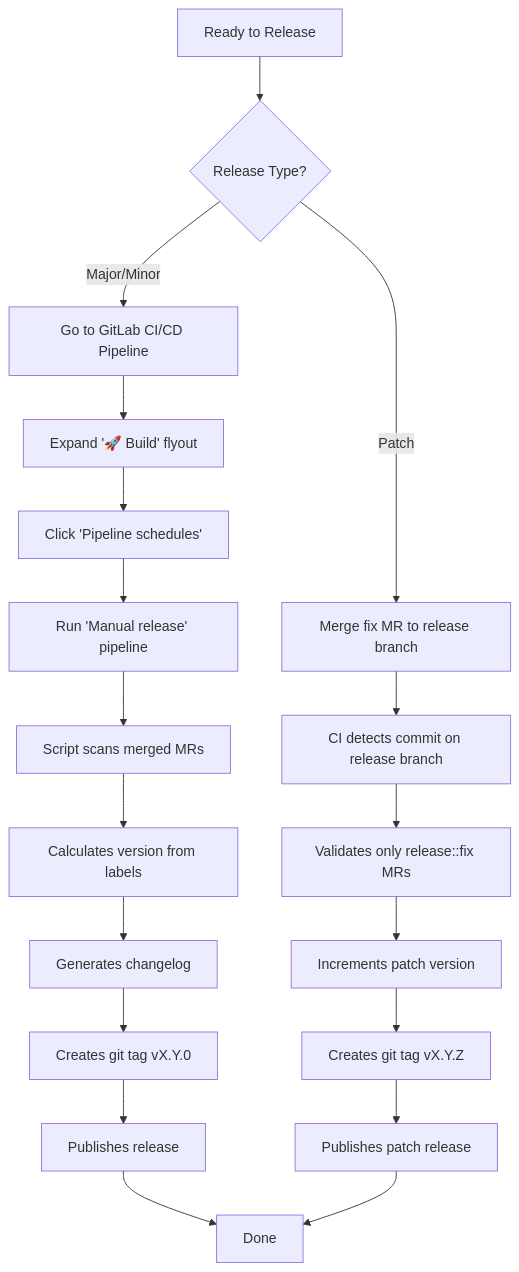
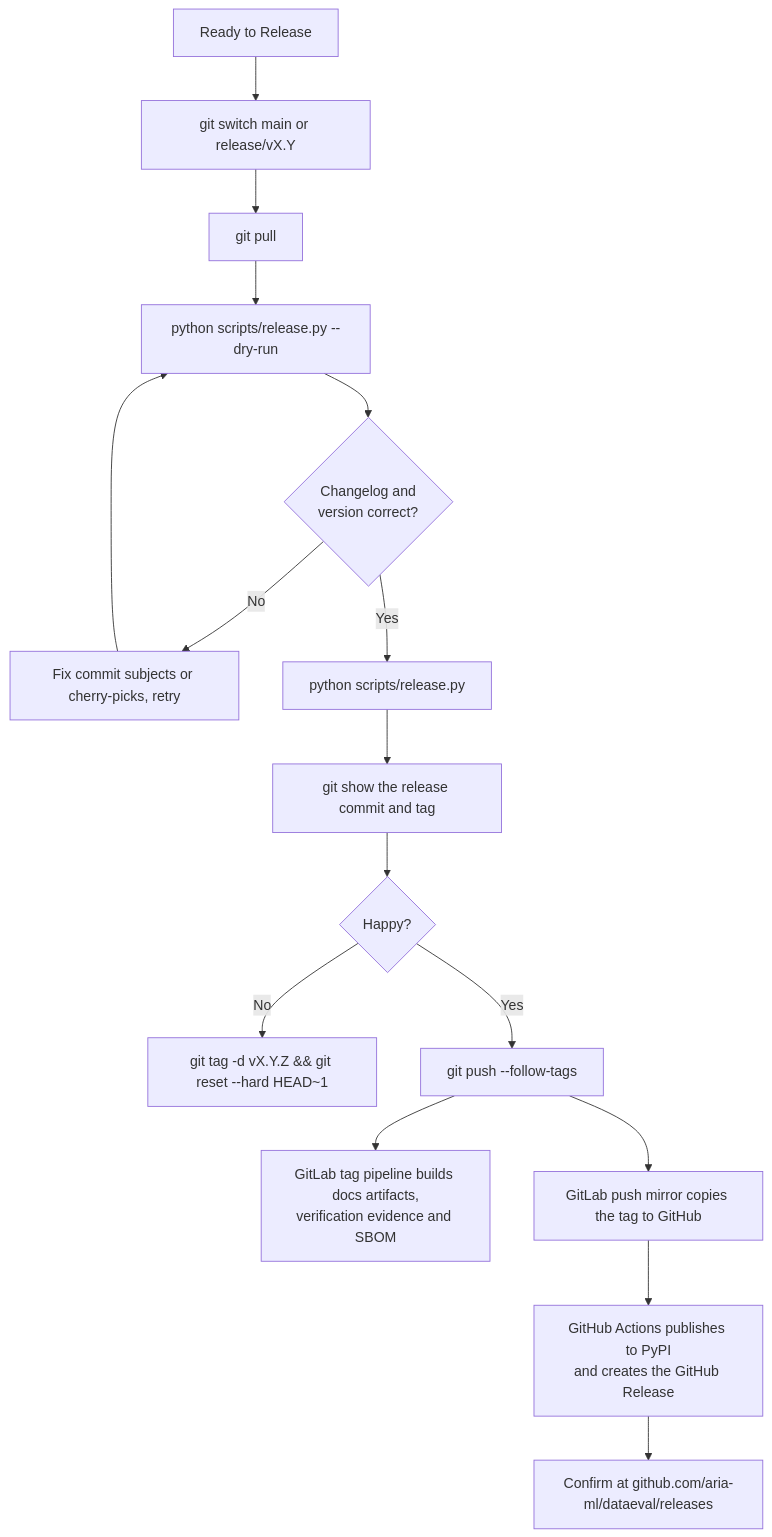
One commit to aria-ml/dataeval changed the fifth of 5 diagrams in BRANCHING.md. Above: the diagram before and after it, drawn with Mermaid. The commit also changed other lines of this file, not shown here.

First line of the commit message:
[docs] Port BRANCHING.md release-doc fixes to release/v1.1

````diff
--- a/BRANCHING.md
+++ b/BRANCHING.md
@@ -267,21 +270,18 @@
 ```mermaid
 flowchart TD
-    A[Ready to Release] --> B{Release Type?}
-    B -->|Major/Minor| C[Go to GitLab CI/CD Pipeline]
-    B -->|Patch| D[Merge fix MR to release branch]
-    C --> E["Expand '🚀 Build' flyout"]
-    E --> F[Click 'Pipeline schedules']
-    F --> G[Run 'Manual release' pipeline]
-    G --> H[Script scans merged MRs]
-    H --> I[Calculates version from labels]
-    I --> J[Generates changelog]
-    J --> K[Creates git tag vX.Y.0]
-    K --> M[Publishes release]
-    M --> N[Done]
-    D --> O[CI detects commit on release branch]
-    O --> P[Validates only release::fix MRs]
-    P --> Q[Increments patch version]
-    Q --> R[Creates git tag vX.Y.Z]
-    R --> S[Publishes patch release]
-    S --> N
+    A[Ready to Release] --> B[git switch main or release/vX.Y]
+    B --> C[git pull]
+    C --> D[python scripts/release.py --dry-run]
+    D --> E{Changelog and<br/>version correct?}
+    E -->|No| F[Fix commit subjects or cherry-picks, retry]
+    F --> D
+    E -->|Yes| G[python scripts/release.py]
+    G --> H[git show the release commit and tag]
+    H --> I{Happy?}
+    I -->|No| J["git tag -d vX.Y.Z && git reset --hard HEAD~1"]
+    I -->|Yes| K[git push --follow-tags]
+    K --> L[GitLab tag pipeline builds docs artifacts,<br/>verification evidence and SBOM]
+    K --> M[GitLab push mirror copies the tag to GitHub]
+    M --> N[GitHub Actions publishes to PyPI<br/>and creates the GitHub Release]
+    N --> O[Confirm at github.com/aria-ml/dataeval/releases]
 ```
````
